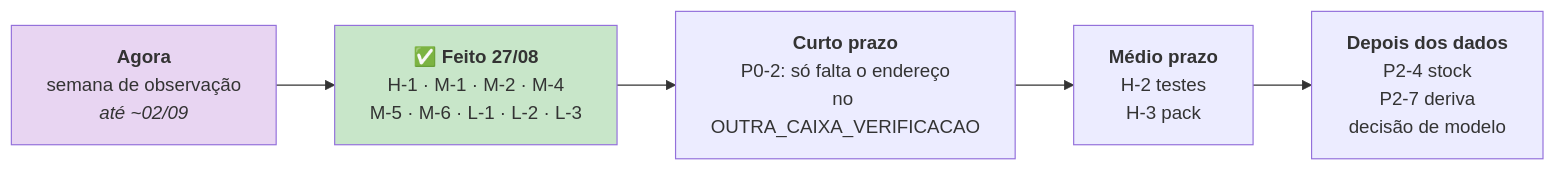
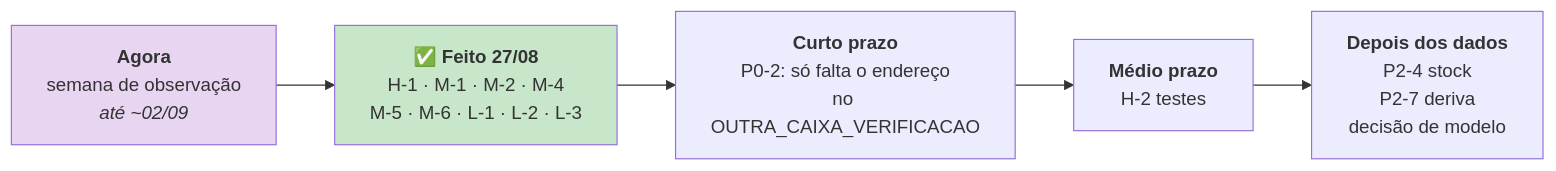
One commit to joaocarvalhini/Outlook-Reply-Assistant changed the third of 3 diagrams in docs/07-roadmap/improvements.md. Above: the diagram before and after it, drawn with Mermaid. The commit also changed other lines of this file and 2 other files, not shown here.

````diff
--- a/docs/07-roadmap/improvements.md
+++ b/docs/07-roadmap/improvements.md
@@ -173,10 +167,10 @@
 ```mermaid
 flowchart LR
     A["<b>Agora</b><br/>semana de observação<br/><i>até ~02/09</i>"] --> B["<b>✅ Feito 27/08</b><br/>H-1 · M-1 · M-2 · M-4<br/>M-5 · M-6 · L-1 · L-2 · L-3"]
     B --> C["<b>Curto prazo</b><br/>P0-2: só falta o endereço<br/>no OUTRA_CAIXA_VERIFICACAO"]
-    C --> D["<b>Médio prazo</b><br/>H-2 testes<br/>H-3 pack"]
+    C --> D["<b>Médio prazo</b><br/>H-2 testes"]
     D --> E["<b>Depois dos dados</b><br/>P2-4 stock<br/>P2-7 deriva<br/>decisão de modelo"]
 
     style A fill:#e8d5f2
     style B fill:#c8e6c9
 ```
````
